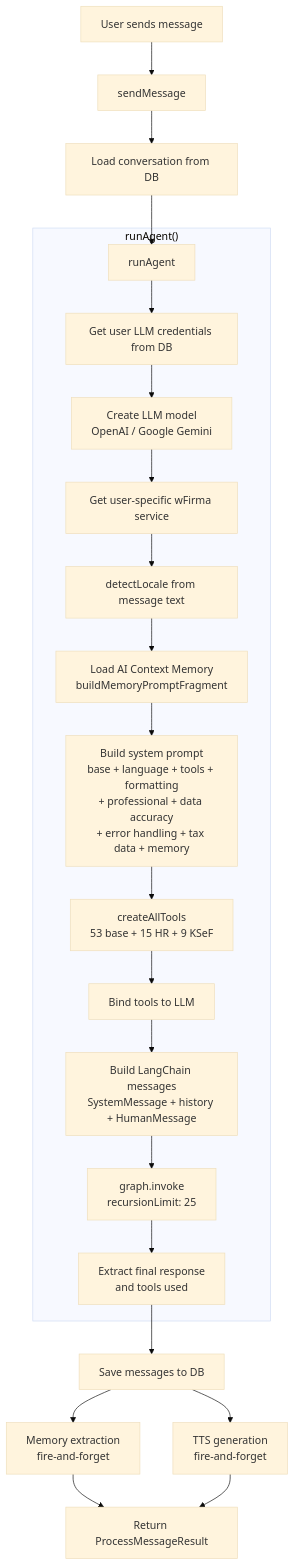
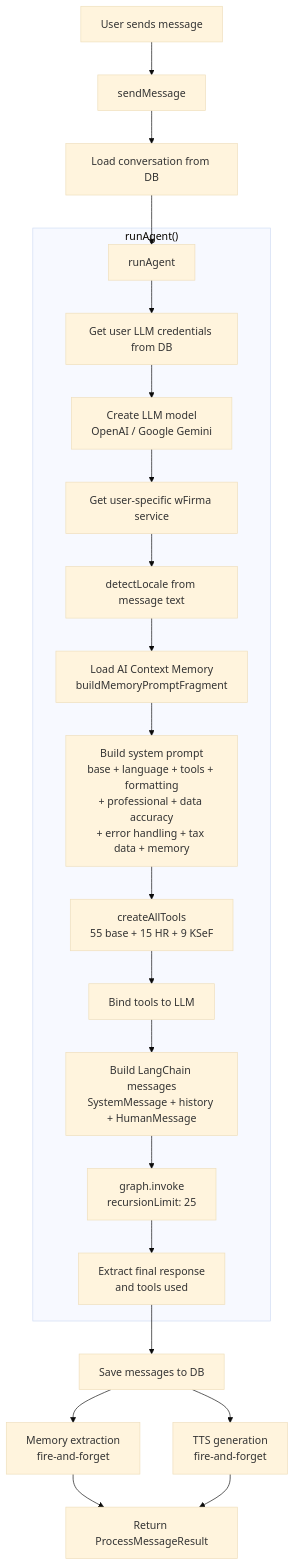
The second of 3 diagrams in docs/AI_AGENTS.md (JealousyM/accounting-ai-agent), drawn with Mermaid (base theme) before and after one commit. The commit also changed other lines of this file and 5 other files, not shown here.

````diff
--- a/docs/AI_AGENTS.md
+++ b/docs/AI_AGENTS.md
@@ -89,26 +97,26 @@
 ```mermaid
 flowchart TD
     A[User sends message] --> B[sendMessage]
     B --> C[Load conversation from DB]
     C --> D[runAgent]
 
     subgraph runAgent ["runAgent()"]
         D --> E[Get user LLM credentials from DB]
         E --> F[Create LLM model<br/>OpenAI / Google Gemini]
         F --> G[Get user-specific wFirma service]
         G --> H[detectLocale from message text]
         H --> I[Load AI Context Memory<br/>buildMemoryPromptFragment]
         I --> J[Build system prompt<br/>base + language + tools + formatting<br/>+ professional + data accuracy<br/>+ error handling + tax data + memory]
-        J --> K[createAllTools<br/>53 base + 15 HR + 9 KSeF]
+        J --> K[createAllTools<br/>55 base + 15 HR + 9 KSeF]
         K --> L[Bind tools to LLM]
         L --> M[Build LangChain messages<br/>SystemMessage + history + HumanMessage]
         M --> N[graph.invoke<br/>recursionLimit: 25]
         N --> O[Extract final response<br/>and tools used]
     end
 
     O --> P[Save messages to DB]
     P --> Q[Memory extraction<br/>fire-and-forget]
     P --> R[TTS generation<br/>fire-and-forget]
     Q --> S[Return ProcessMessageResult]
     R --> S
 ```
````
